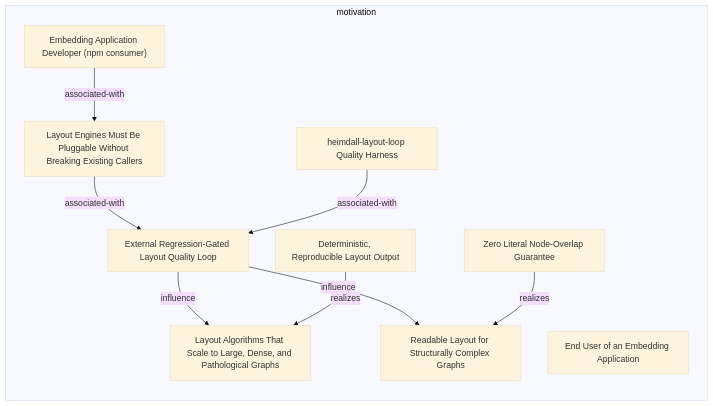
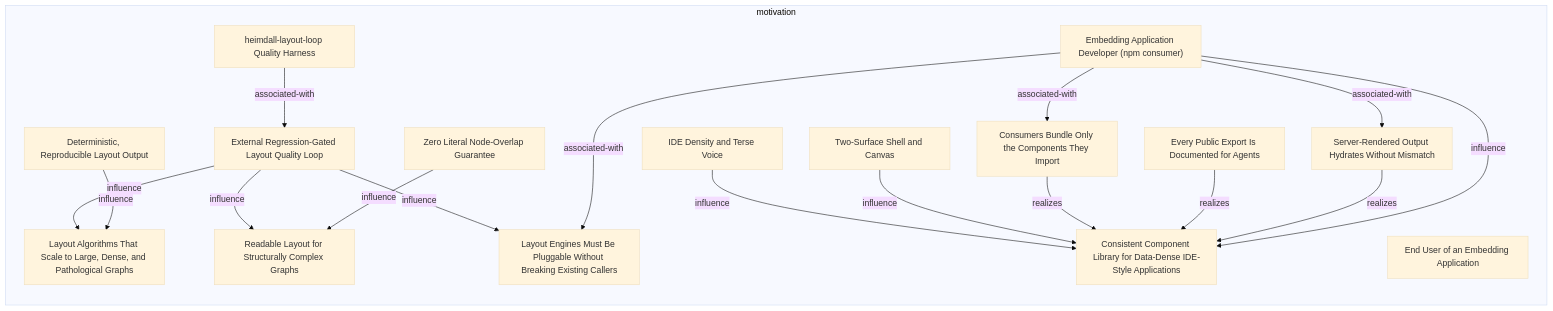
Before and after one commit to tinkermonkey/heimdall: the first of 2 diagrams in documentation-robotics/reports/01-motivation-layer-report.md, drawn with Mermaid (base theme). The commit also changed other lines of this file and 41 other files, not shown here.

````diff
--- a/documentation-robotics/reports/01-motivation-layer-report.md
+++ b/documentation-robotics/reports/01-motivation-layer-report.md
@@ -31,21 +31,35 @@
 ```mermaid
 flowchart LR
   subgraph motivation
     motivation_driver_external_regression_gated_layout_quality_loop["External Regression-Gated Layout Quality Loop"]
+    motivation_goal_consistent_component_library_for_data_dense_ide_style_applications["Consistent Component Library for Data-Dense IDE-Style Applications"]
     motivation_goal_layout_algorithms_that_scale_to_large_dense_and_pathological_graphs["Layout Algorithms That Scale to Large, Dense, and Pathological Graphs"]
     motivation_goal_readable_layout_for_structurally_complex_graphs["Readable Layout for Structurally Complex Graphs"]
     motivation_principle_deterministic_reproducible_layout_output["Deterministic, Reproducible Layout Output"]
+    motivation_principle_ide_density_and_terse_voice["IDE Density and Terse Voice"]
+    motivation_principle_two_surface_shell_and_canvas["Two-Surface Shell and Canvas"]
     motivation_principle_zero_literal_node_overlap_guarantee["Zero Literal Node-Overlap Guarantee"]
+    motivation_requirement_consumers_bundle_only_the_components_they_import["Consumers Bundle Only the Components They Import"]
+    motivation_requirement_every_public_export_is_documented_for_agents["Every Public Export Is Documented for Agents"]
     motivation_requirement_layout_engines_must_be_pluggable_without_breaking_existing_callers["Layout Engines Must Be Pluggable Without Breaking Existing Callers"]
+    motivation_requirement_server_rendered_output_hydrates_without_mismatch["Server-Rendered Output Hydrates Without Mismatch"]
     motivation_stakeholder_embedding_application_developer_npm_consumer["Embedding Application Developer (npm consumer)"]
     motivation_stakeholder_end_user_of_an_embedding_application["End User of an Embedding Application"]
     motivation_stakeholder_heimdall_layout_loop_quality_harness["heimdall-layout-loop Quality Harness"]
     motivation_driver_external_regression_gated_layout_quality_loop -->|influence| motivation_goal_layout_algorithms_that_scale_to_large_dense_and_pathological_graphs
     motivation_driver_external_regression_gated_layout_quality_loop -->|influence| motivation_goal_readable_layout_for_structurally_complex_graphs
-    motivation_principle_deterministic_reproducible_layout_output -->|realizes| motivation_goal_layout_algorithms_that_scale_to_large_dense_and_pathological_graphs
-    motivation_principle_zero_literal_node_overlap_guarantee -->|realizes| motivation_goal_readable_layout_for_structurally_complex_graphs
-    motivation_requirement_layout_engines_must_be_pluggable_without_breaking_existing_callers -->|associated-with| motivation_driver_external_regression_gated_layout_quality_loop
+    motivation_driver_external_regression_gated_layout_quality_loop -->|influence| motivation_requirement_layout_engines_must_be_pluggable_without_breaking_existing_callers
+    motivation_principle_deterministic_reproducible_layout_output -->|influence| motivation_goal_layout_algorithms_that_scale_to_large_dense_and_pathological_graphs
+    motivation_principle_ide_density_and_terse_voice -->|influence| motivation_goal_consistent_component_library_for_data_dense_ide_style_applications
+    motivation_principle_two_surface_shell_and_canvas -->|influence| motivation_goal_consistent_component_library_for_data_dense_ide_style_applications
+    motivation_principle_zero_literal_node_overlap_guarantee -->|influence| motivation_goal_readable_layout_for_structurally_complex_graphs
+    motivation_requirement_consumers_bundle_only_the_components_they_import -->|realizes| motivation_goal_consistent_component_library_for_data_dense_ide_style_applications
+    motivation_requirement_every_public_export_is_documented_for_agents -->|realizes| motivation_goal_consistent_component_library_for_data_dense_ide_style_applications
+    motivation_requirement_server_rendered_output_hydrates_without_mismatch -->|realizes| motivation_goal_consistent_component_library_for_data_dense_ide_style_applications
+    motivation_stakeholder_embedding_application_developer_npm_consumer -->|associated-with| motivation_requirement_consumers_bundle_only_the_components_they_import
     motivation_stakeholder_embedding_application_developer_npm_consumer -->|associated-with| motivation_requirement_layout_engines_must_be_pluggable_without_breaking_existing_callers
+    motivation_stakeholder_embedding_application_developer_npm_consumer -->|associated-with| motivation_requirement_server_rendered_output_hydrates_without_mismatch
+    motivation_stakeholder_embedding_application_developer_npm_consumer -->|influence| motivation_goal_consistent_component_library_for_data_dense_ide_style_applications
     motivation_stakeholder_heimdall_layout_loop_quality_harness -->|associated-with| motivation_driver_external_regression_gated_layout_quality_loop
   end
 ```
````
